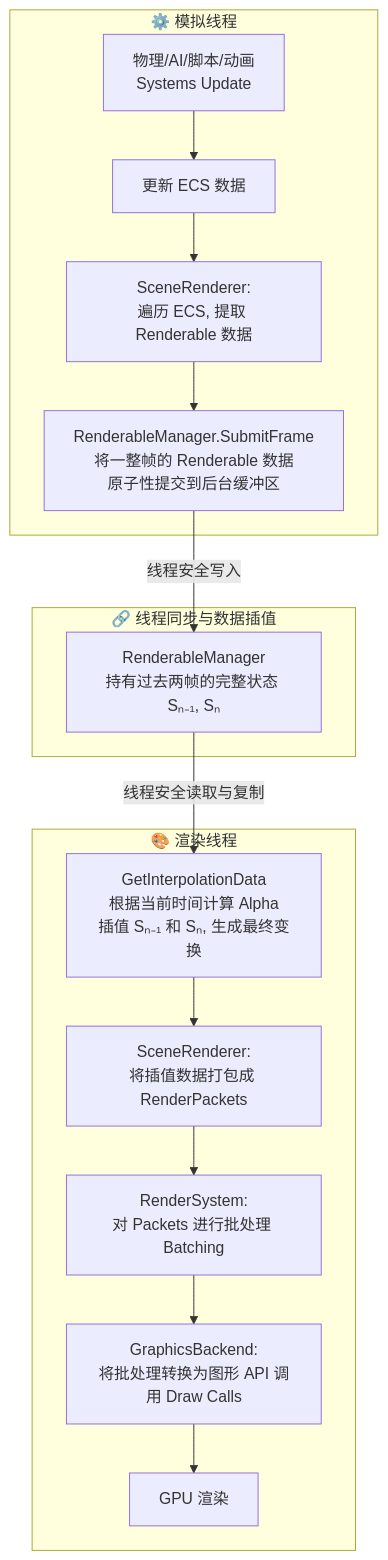
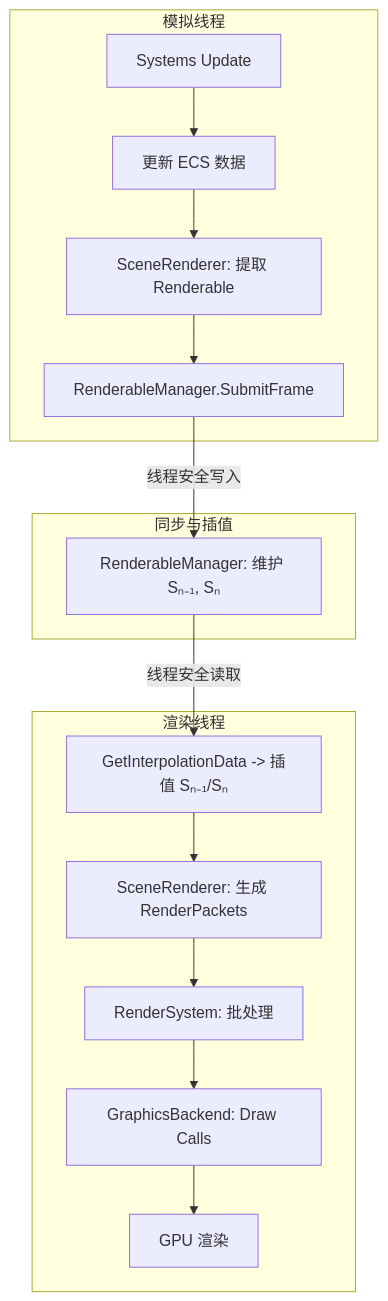
Before and after one commit to NGLSG/Luma: the seventh of 11 diagrams in ARCHITECTURE.md, drawn with Mermaid. The commit also changed other lines of this file and 27 other files, not shown here.

````diff
--- a/ARCHITECTURE.md
+++ b/ARCHITECTURE.md
@@ -191,23 +172,23 @@
 ```mermaid
 graph TD
-subgraph "⚙️ 模拟线程"
-Sim_A[物理/AI/脚本/动画<br/>Systems Update] --> Sim_B[更新 ECS 数据];
-Sim_B --> Sim_C["SceneRenderer:<br/>遍历 ECS, 提取 Renderable 数据"];
-Sim_C --> Sim_D[RenderableManager.SubmitFrame<br/>将一整帧的 Renderable 数据<br/>原子性提交到后台缓冲区];
+subgraph "模拟线程"
+Sim_A[Systems Update] --> Sim_B[更新 ECS 数据]
+Sim_B --> Sim_C["SceneRenderer: 提取 Renderable"]
+Sim_C --> Sim_D["RenderableManager.SubmitFrame"]
 end
 
-subgraph "🔗 线程同步与数据插值"
-SyncPoint[RenderableManager<br/>持有过去两帧的完整状态 Sₙ₋₁, Sₙ];
+subgraph "同步与插值"
+SyncPoint[RenderableManager: 维护 Sₙ₋₁, Sₙ]
 end
 
-subgraph "🎨 渲染线程"
-Render_A["GetInterpolationData<br/>根据当前时间计算 Alpha<br/>插值 Sₙ₋₁ 和 Sₙ, 生成最终变换"];
-Render_A --> Render_B["SceneRenderer:<br/>将插值数据打包成 RenderPackets"];
-Render_B --> Render_C["RenderSystem:<br/>对 Packets 进行批处理 Batching"];
-Render_C --> Render_D["GraphicsBackend:<br/>将批处理转换为图形 API 调用 Draw Calls"];
-Render_D --> Render_E[GPU 渲染];
+subgraph "渲染线程"
+Render_A["GetInterpolationData -> 插值 Sₙ₋₁/Sₙ"]
+Render_A --> Render_B["SceneRenderer: 生成 RenderPackets"]
+Render_B --> Render_C["RenderSystem: 批处理"]
+Render_C --> Render_D["GraphicsBackend: Draw Calls"]
+Render_D --> Render_E[GPU 渲染]
 end
 
-Sim_D -- "线程安全写入" --> SyncPoint;
-SyncPoint -- "线程安全读取与复制" --> Render_A;
+Sim_D -- "线程安全写入" --> SyncPoint
+SyncPoint -- "线程安全读取" --> Render_A
 ```
````
